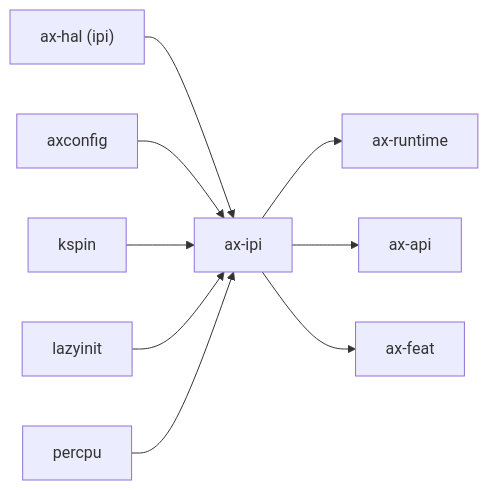
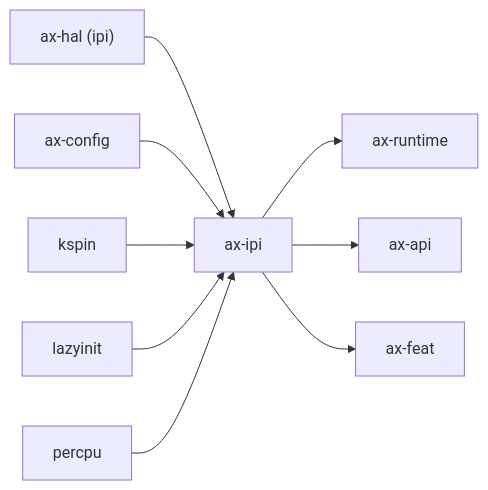
The second of 2 diagrams in docs/crates/ax-ipi.md (zKurisu/tgoskits), drawn with Mermaid before and after one commit. The commit also changed 65 other files, not shown here.

Commit message:
rename axconfig to ax-config

````diff
--- a/docs/crates/ax-ipi.md
+++ b/docs/crates/ax-ipi.md
@@ -77,12 +77,12 @@
 ```mermaid
 graph LR
     ax-hal["ax-hal (ipi)"] --> ax-ipi["ax-ipi"]
-    axconfig["axconfig"] --> ax-ipi
+    axconfig["ax-config"] --> ax-ipi
     kspin["kspin"] --> ax-ipi
     lazyinit["lazyinit"] --> ax-ipi
     percpu["percpu"] --> ax-ipi
 
     ax-ipi --> ax-runtime["ax-runtime"]
     ax-ipi --> ax-api["ax-api"]
     ax-ipi --> ax-feat["ax-feat"]
 ```
````
